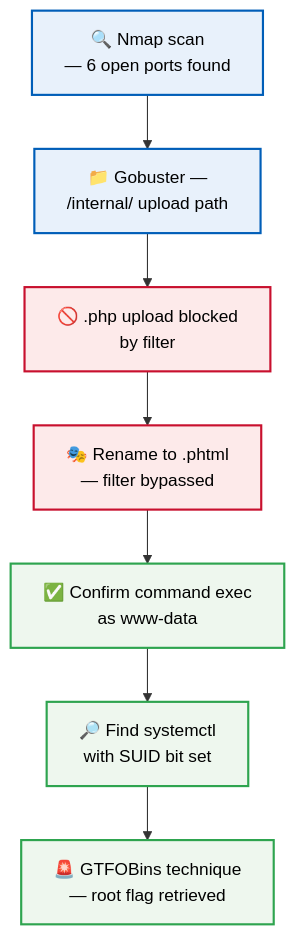
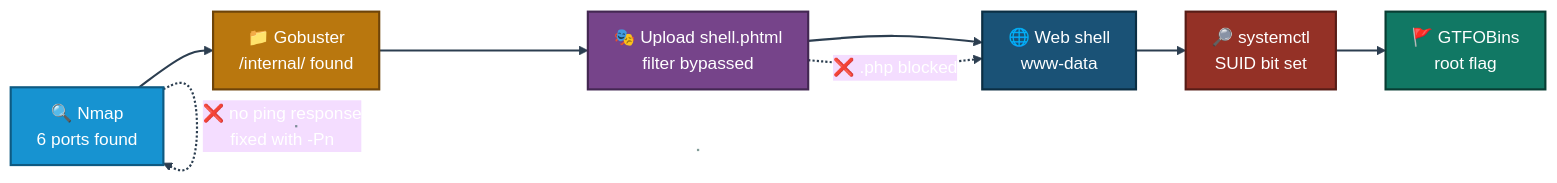
Before and after one commit to malaika-azhar/Cybersecurity-Lab-Projects: the first of 3 diagrams in 1-Foundational-Projects/project-09-vulnerability-assessment-report/README.md, drawn with Mermaid. The commit also changed other lines of this file, not shown here.

````diff
--- a/1-Foundational-Projects/project-09-vulnerability-assessment-report/README.md
+++ b/1-Foundational-Projects/project-09-vulnerability-assessment-report/README.md
@@ -109,16 +111,18 @@
 ```mermaid
-flowchart TD
-    A["🔍 Nmap scan<br/>— 6 open ports found"] --> B["📁 Gobuster —<br/>/internal/ upload path"]
-    B --> C["🚫 .php upload blocked<br/>by filter"]
-    C --> D["🎭 Rename to .phtml<br/>— filter bypassed"]
-    D --> E["✅ Confirm command exec<br/>as www-data"]
-    E --> F["🔎 Find systemctl<br/>with SUID bit set"]
-    F --> G["🚨 GTFOBins technique<br/>— root flag retrieved"]
-
-    classDef work fill:#e8f1fb,stroke:#005EB8,stroke-width:2px,color:#000
-    classDef alert fill:#fdeaea,stroke:#C8102E,stroke-width:2px,color:#000
-    classDef done fill:#eef7ee,stroke:#2ea44f,stroke-width:2px,color:#000
-    class A,B work
-    class C,D alert
-    class E,F,G done
+%%{init: {'theme': 'base', 'themeVariables': {'fontSize': '16px'}, 'flowchart': {'nodeSpacing': 34, 'rankSpacing': 46, 'padding': 12}}}%%
+flowchart LR
+    NMAP["🔍 Nmap<br/>6 ports found"]:::nmap --> GB["📁 Gobuster<br/>/internal/ found"]:::gb
+    GB --> UP["🎭 Upload shell.phtml<br/>filter bypassed"]:::up
+    UP --> SHELL["🌐 Web shell<br/>www-data"]:::shell
+    SHELL --> SUID["🔎 systemctl<br/>SUID bit set"]:::suid
+    SUID --> ROOT["🚩 GTFOBins<br/>root flag"]:::root
+    NMAP -.->|"❌ no ping response<br/>fixed with -Pn"| NMAP
+    UP -.->|"❌ .php blocked"| SHELL
+    classDef nmap fill:#1793D1,stroke:#0E5A82,stroke-width:2px,color:#FFFFFF
+    classDef gb fill:#B9770E,stroke:#6E4409,stroke-width:2px,color:#FFFFFF
+    classDef up fill:#76448A,stroke:#432752,stroke-width:2px,color:#FFFFFF
+    classDef shell fill:#1A5276,stroke:#0B2E43,stroke-width:2px,color:#FFFFFF
+    classDef suid fill:#943126,stroke:#571C16,stroke-width:2px,color:#FFFFFF
+    classDef root fill:#117864,stroke:#083D33,stroke-width:2px,color:#FFFFFF
+    linkStyle default stroke:#2C3E50,stroke-width:2px
 ```
````
